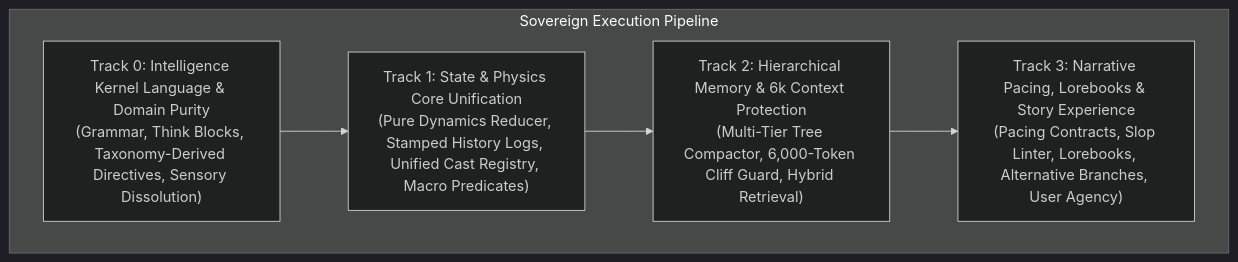
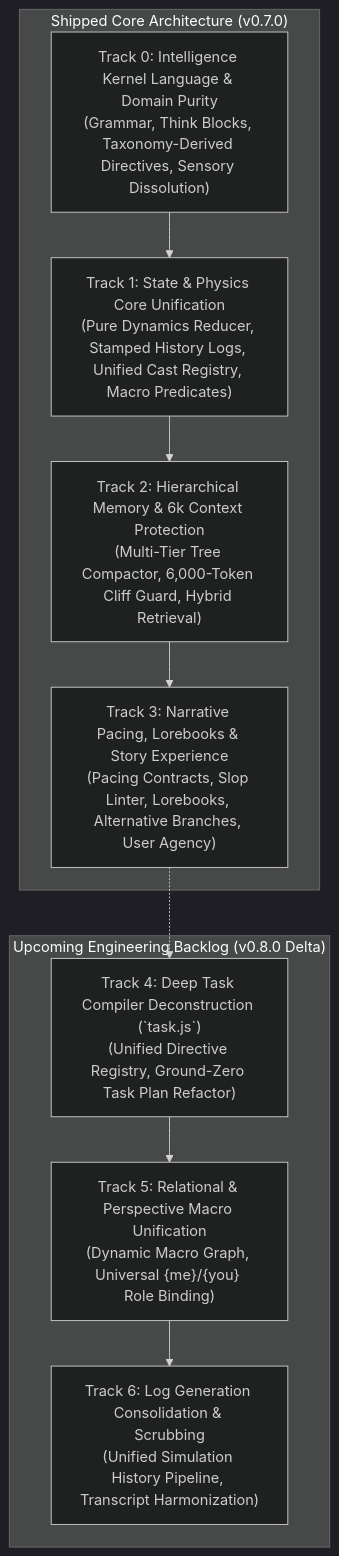
One commit to JooduG/RPGlitch changed the first of 4 diagrams in ROADMAP.md. Above: the diagram before and after it, drawn with Mermaid (dark theme). The commit also changed other lines of this file and 8 other files, not shown here.

````diff
--- a/ROADMAP.md
+++ b/ROADMAP.md
@@ -17,12 +19,18 @@
 ```mermaid
 flowchart TD
-    subgraph Execution["Sovereign Execution Pipeline"]
+    subgraph Shipped["Shipped Core Architecture (v0.7.0)"]
         T0["Track 0: Intelligence Kernel Language & Domain Purity<br>(Grammar, Think Blocks, Taxonomy-Derived Directives, Sensory Dissolution)"]
         T1["Track 1: State & Physics Core Unification<br>(Pure Dynamics Reducer, Stamped History Logs, Unified Cast Registry, Macro Predicates)"]
         T2["Track 2: Hierarchical Memory & 6k Context Protection<br>(Multi-Tier Tree Compactor, 6,000-Token Cliff Guard, Hybrid Retrieval)"]
         T3["Track 3: Narrative Pacing, Lorebooks & Story Experience<br>(Pacing Contracts, Slop Linter, Lorebooks, Alternative Branches, User Agency)"]
     end
-    T0 --> T1
-    T1 --> T2
-    T2 --> T3
+    T0 --> T1 --> T2 --> T3
+
+    subgraph ActiveBacklog["Upcoming Engineering Backlog (v0.8.0 Delta)"]
+        T4["Track 4: Deep Task Compiler Deconstruction (`task.js`)<br>(Unified Directive Registry, Ground-Zero Task Plan Refactor)"]
+        T5["Track 5: Relational & Perspective Macro Unification<br>(Dynamic Macro Graph, Universal {me}/{you} Role Binding)"]
+        T6["Track 6: Log Generation Consolidation & Scrubbing<br>(Unified Simulation History Pipeline, Transcript Harmonization)"]
+    end
+    T3 -.-> T4
+    T4 --> T5 --> T6
 ```
````
